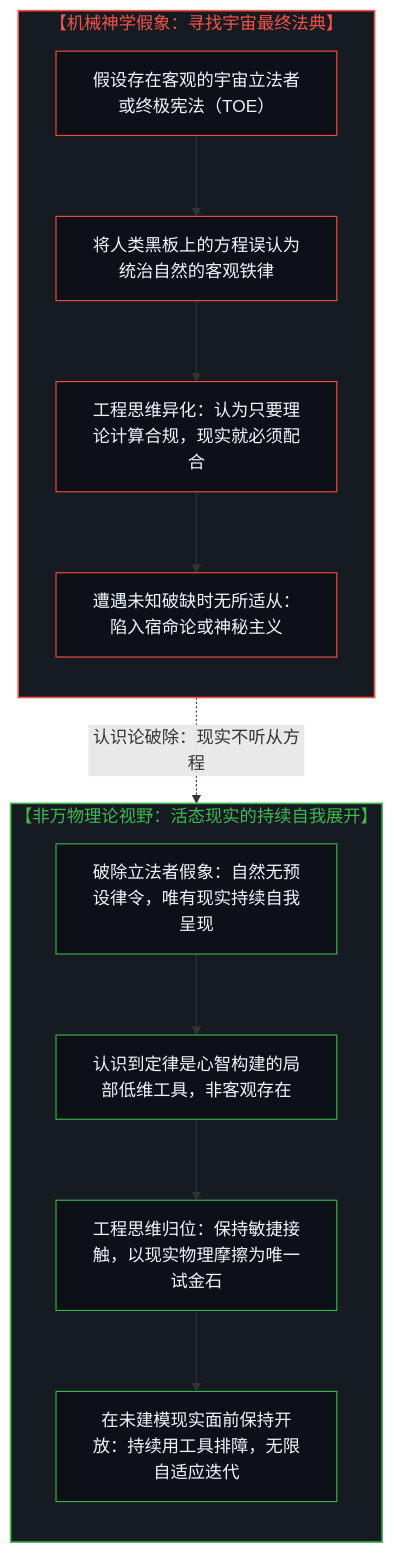
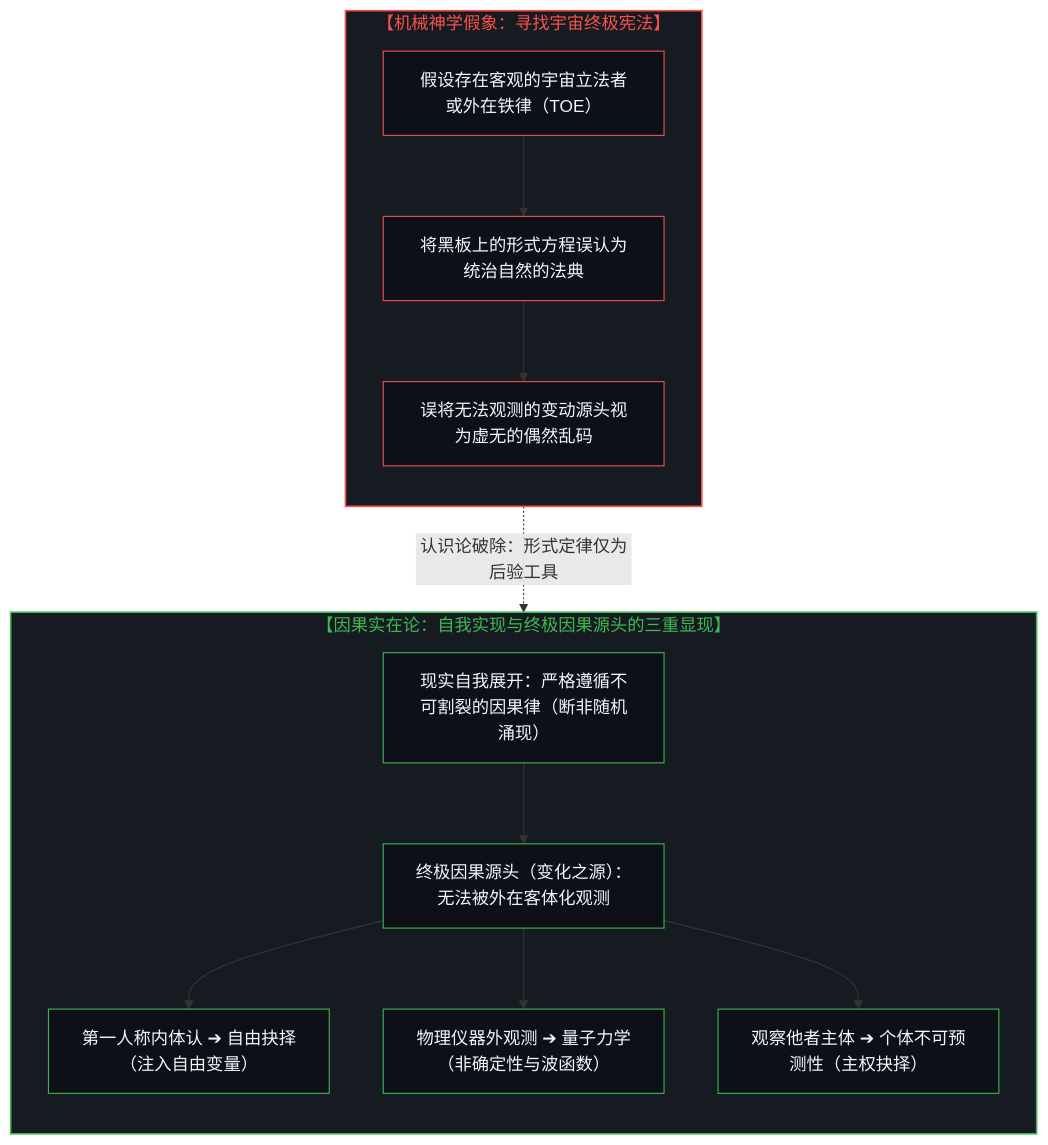
Before and after one commit to powerpig99/not-a-toe: the fourth of 5 diagrams in content/posts/the-sleight-of-hand-in-physics-is-the-law-and-the-friction-of-reality.md, drawn with Mermaid. The commit also changed other lines of this file and 4 other files, not shown here.

````diff
--- a/content/posts/the-sleight-of-hand-in-physics-is-the-law-and-the-friction-of-reality.md
+++ b/content/posts/the-sleight-of-hand-in-physics-is-the-law-and-the-friction-of-reality.md
@@ -213,33 +223,36 @@
 ```mermaid
 graph TD
-    subgraph S_Theology["【机械神学假象：寻找宇宙最终法典】"]
+    subgraph S_Theology["【机械神学假象：寻找宇宙终极宪法】"]
         direction TB
-        M1["假设存在客观的宇宙立法者或终极宪法（TOE）"]
-        M2["将人类黑板上的方程误认为统治自然的客观铁律"]
-        M3["工程思维异化：认为只要理论计算合规，现实就必须配合"]
-        M4["遭遇未知破缺时无所适从：陷入宿命论或神秘主义"]
-        M1 --> M2 --> M3 --> M4
+        M1["假设存在客观的宇宙立法者或外在铁律（TOE）"]
+        M2["将黑板上的形式方程误认为统治自然的法典"]
+        M3["误将无法观测的变动源头视为虚无的偶然乱码"]
+        M1 --> M2 --> M3
     end
 
-    subgraph S_NotTOE["【非万物理论视野：活态现实的持续自我展开】"]
+    subgraph S_Causality["【因果实在论：自我实现与终极因果源头的三重显现】"]
         direction TB
-        N1["破除立法者假象：自然无预设律令，唯有现实持续自我呈现"]
-        N2["认识到定律是心智构建的局部低维工具，非客观存在"]
-        N3["工程思维归位：保持敏捷接触，以现实物理摩擦为唯一试金石"]
-        N4["在未建模现实面前保持开放：持续用工具排障，无限自适应迭代"]
-        N1 --> N2 --> N3 --> N4
+        K1["现实自我展开：严格遵循不可割裂的因果律（断非随机涌现）"]
+        K2["终极因果源头（变化之源）：无法被外在客体化观测"]
+        K3A["第一人称内体认 ➔ 自由抉择（注入自由变量）"]
+        K3B["物理仪器外观测 ➔ 量子力学（非确定性与波函数）"]
+        K3C["观察他者主体 ➔ 个体不可预测性（主权抉择）"]
+        K1 --> K2
+        K2 --> K3A
+        K2 --> K3B
+        K2 --> K3C
     end
 
-    M2 -.->|"认识论破除：现实不听从方程"| N1
+    M2 -.->|"认识论破除：形式定律仅为后验工具"| K1
 
     style S_Theology fill:#161b22,stroke:#f85149,stroke-width:1.5px,color:#f85149
-    style S_NotTOE fill:#161b22,stroke:#3fb950,stroke-width:1.5px,color:#3fb950
+    style S_Causality fill:#161b22,stroke:#3fb950,stroke-width:1.5px,color:#3fb950
     style M1 fill:#0d1117,stroke:#f85149,stroke-width:1px,color:#f0f6fc
     style M2 fill:#0d1117,stroke:#f85149,stroke-width:1px,color:#f0f6fc
     style M3 fill:#0d1117,stroke:#f85149,stroke-width:1px,color:#f0f6fc
-    style M4 fill:#0d1117,stroke:#f85149,stroke-width:1px,color:#f0f6fc
-    style N1 fill:#0d1117,stroke:#3fb950,stroke-width:1px,color:#f0f6fc
-    style N2 fill:#0d1117,stroke:#3fb950,stroke-width:1px,color:#f0f6fc
-    style N3 fill:#0d1117,stroke:#3fb950,stroke-width:1px,color:#f0f6fc
-    style N4 fill:#0d1117,stroke:#3fb950,stroke-width:1px,color:#f0f6fc
+    style K1 fill:#0d1117,stroke:#3fb950,stroke-width:1px,color:#f0f6fc
+    style K2 fill:#0d1117,stroke:#3fb950,stroke-width:1px,color:#f0f6fc
+    style K3A fill:#0d1117,stroke:#3fb950,stroke-width:1px,color:#f0f6fc
+    style K3B fill:#0d1117,stroke:#3fb950,stroke-width:1px,color:#f0f6fc
+    style K3C fill:#0d1117,stroke:#3fb950,stroke-width:1px,color:#f0f6fc
 ```
````
